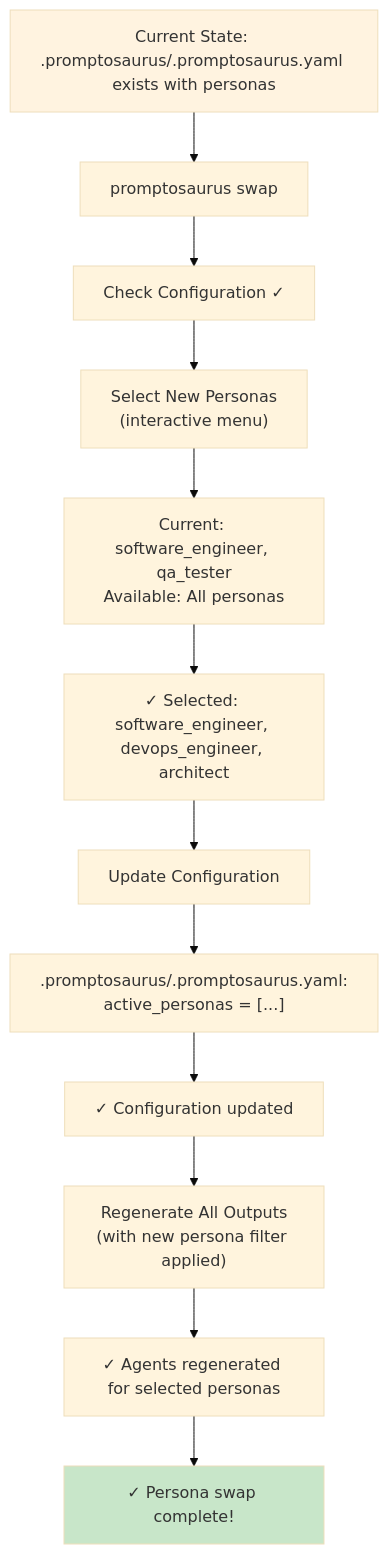
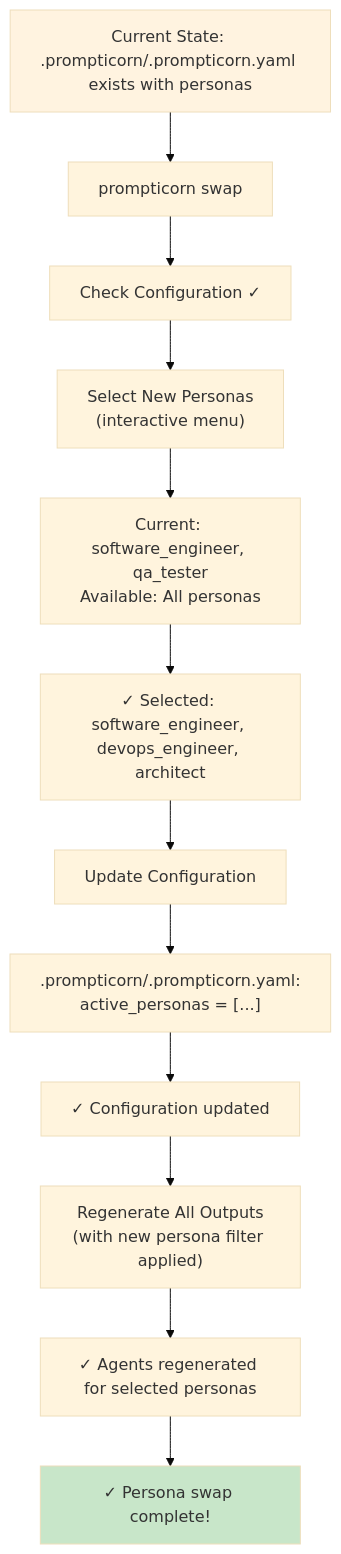
Before and after one commit to snoodleboot-io/prompticorn: the fourth of 11 diagrams in docs/DIAGRAMS_GUIDE.md, drawn with Mermaid (base theme). The commit also changed other lines of this file and 1334 other files, not shown here.

````diff
--- a/docs/DIAGRAMS_GUIDE.md
+++ b/docs/DIAGRAMS_GUIDE.md
@@ -95,20 +95,20 @@
 ```mermaid
 flowchart TD
-    A["Current State: .promptosaurus/.promptosaurus.yaml exists with personas"] --> B["promptosaurus swap"]
+    A["Current State: .prompticorn/.prompticorn.yaml exists with personas"] --> B["prompticorn swap"]
     B --> C["Check Configuration ✓"]
     C --> D["Select New Personas<br/>(interactive menu)"]
     D --> D1["Current: software_engineer, qa_tester<br/>Available: All personas"]
     D1 --> D2["✓ Selected: software_engineer, devops_engineer, architect"]
     
     D2 --> E["Update Configuration"]
-    E --> E1[".promptosaurus/.promptosaurus.yaml:<br/>active_personas = [...]"]
+    E --> E1[".prompticorn/.prompticorn.yaml:<br/>active_personas = [...]"]
     E1 --> E2["✓ Configuration updated"]
     
     E2 --> F["Regenerate All Outputs<br/>(with new persona filter applied)"]
     F --> F1["✓ Agents regenerated for selected personas"]
     
     F1 --> G["✓ Persona swap complete!"]
     
     style A fill:#fff3e0
     style G fill:#c8e6c9
 ```
````
